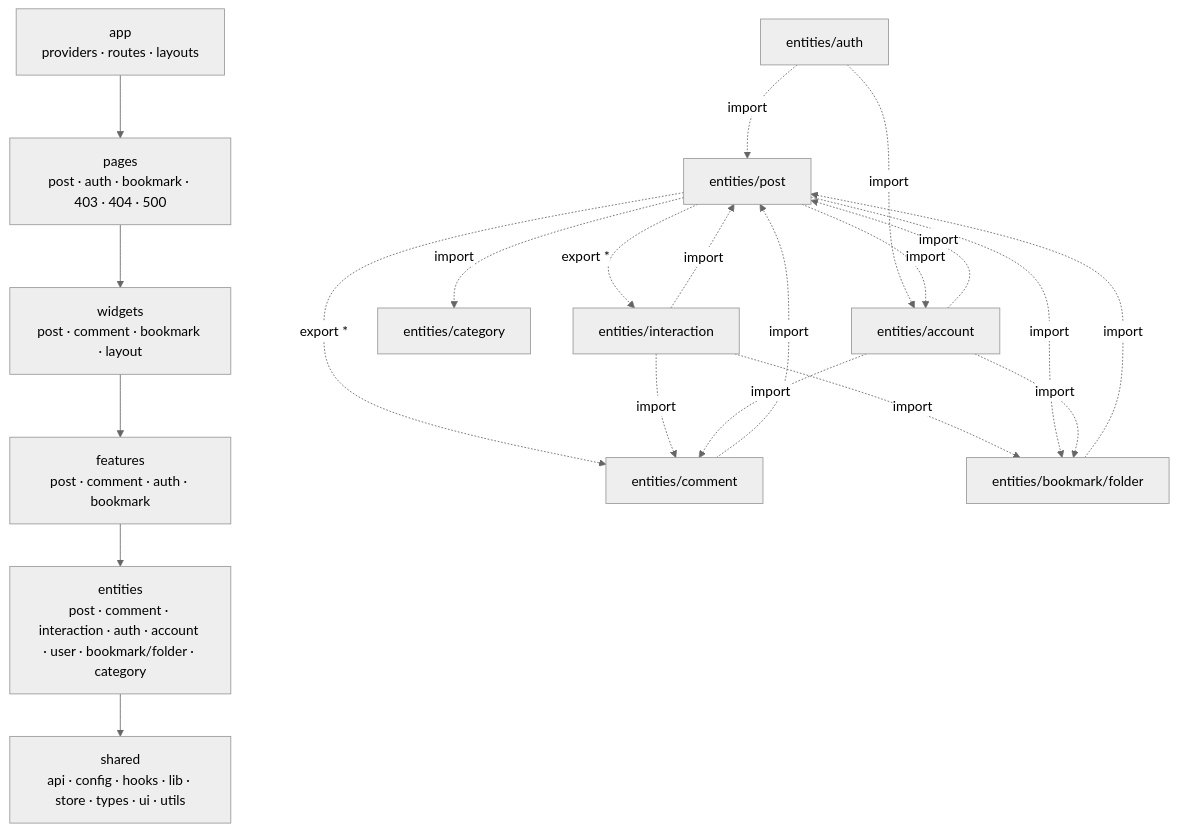
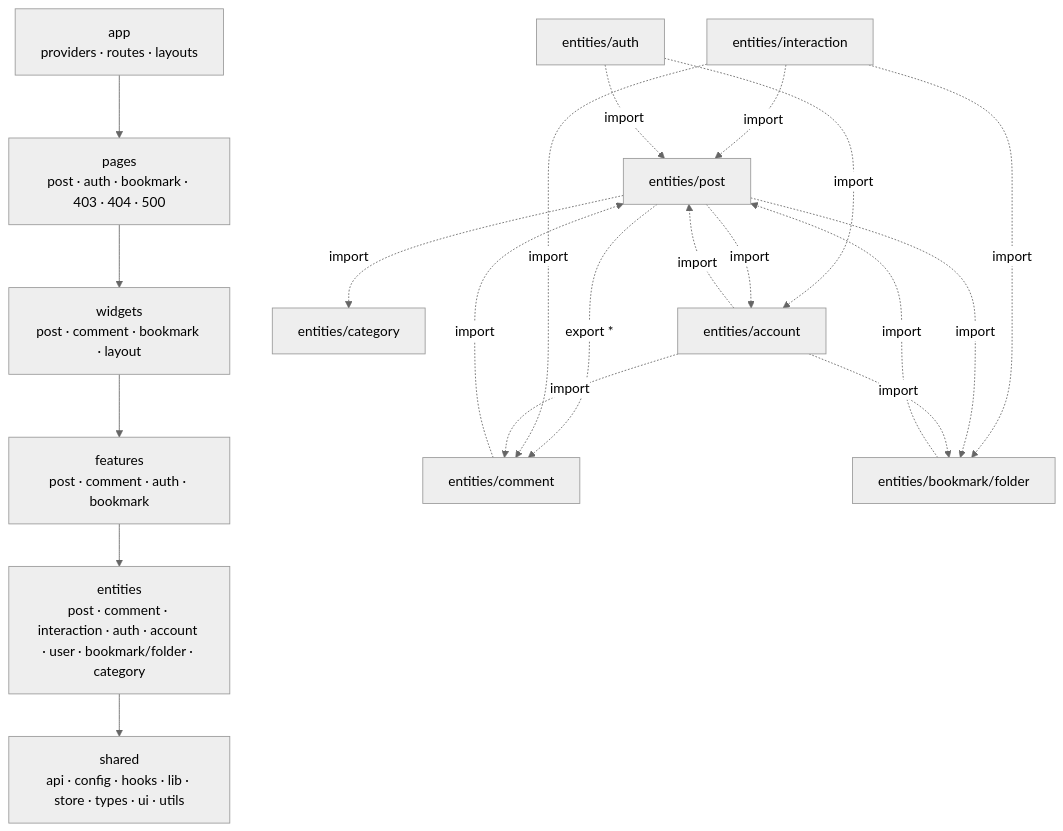
Before and after one commit to BAECHAN/link-sphere_FE_NEW: the diagram in docs/FE-ARCHITECTURE.md, drawn with Mermaid (neutral theme). The commit also changed other lines of this file, not shown here.

First line of the commit message:
docs(fe-architecture): interaction 스키마 재수출 삭제 반영 누락 수정

````diff
--- a/docs/FE-ARCHITECTURE.md
+++ b/docs/FE-ARCHITECTURE.md
@@ -58,24 +58,23 @@
 ```mermaid
 flowchart TD
   App["app<br/>providers · routes · layouts"] --> Pages["pages<br/>post · auth · bookmark · 403 · 404 · 500"]
   Pages --> Widgets["widgets<br/>post · comment · bookmark · layout"]
   Widgets --> Features["features<br/>post · comment · auth · bookmark"]
   Features --> Entities["entities<br/>post · comment · interaction · auth · account · user · bookmark/folder · category"]
   Entities --> Shared["shared<br/>api · config · hooks · lib · store · types · ui · utils"]
 
   EPost["entities/post"] -.export *.-> EComment["entities/comment"]
-  EPost -.export *.-> EInteraction["entities/interaction"]
   EFolder["entities/bookmark/folder"] -.import.-> EPost
   EComment -.import.-> EPost
-  EInteraction -.import.-> EPost
+  EInteraction["entities/interaction"] -.import.-> EPost
   EInteraction -.import.-> EFolder
   EInteraction -.import.-> EComment
   EPost -.import.-> EFolder
   EPost -.import.-> ECategory["entities/category"]
   EAuth["entities/auth"] -.import.-> EPost
   EAuth -.import.-> EAccount["entities/account"]
   EAccount -.import.-> EPost
   EAccount -.import.-> EComment
   EAccount -.import.-> EFolder
   EPost -.import.-> EAccount
 ```
````
